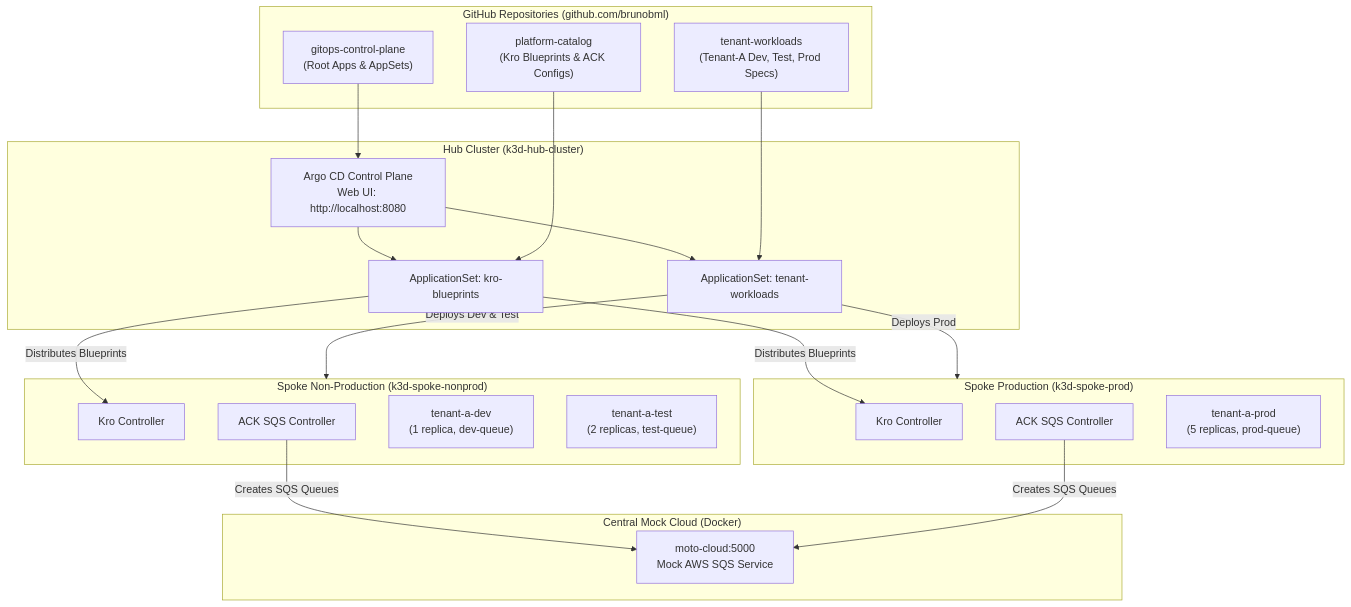
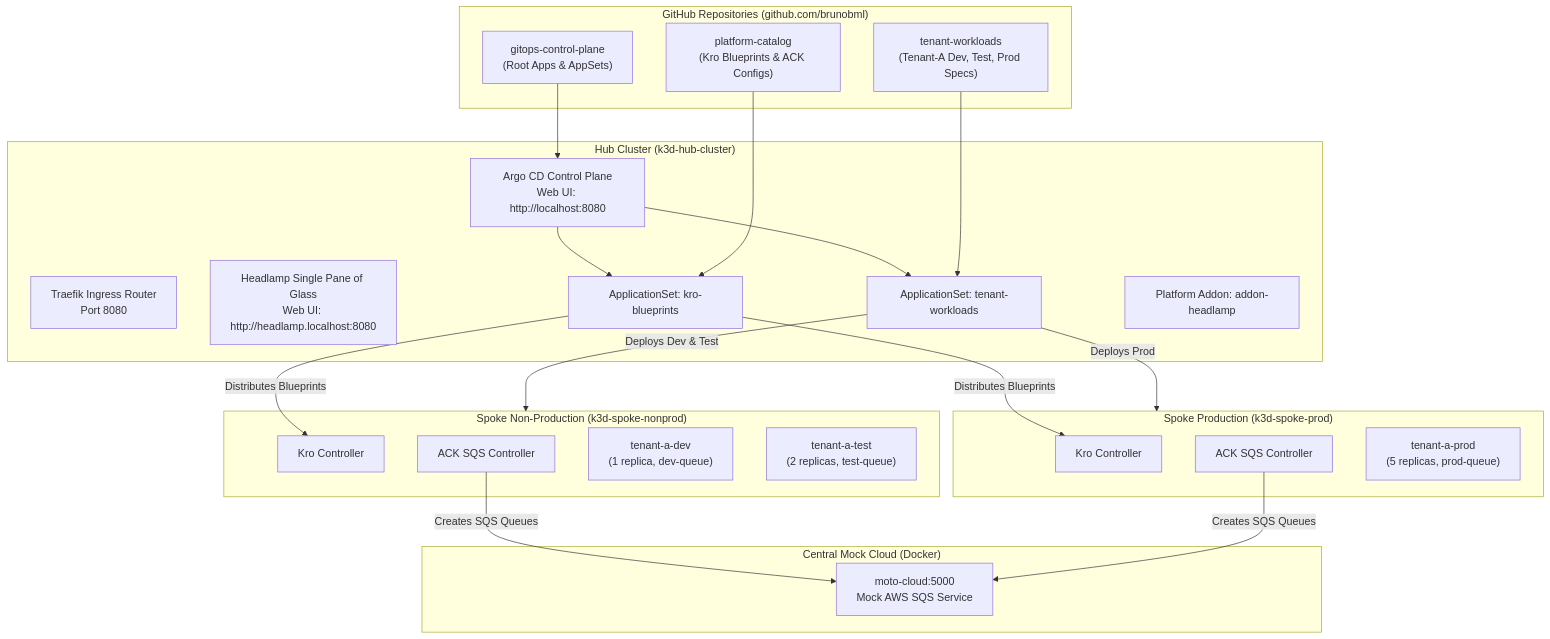
The diagram in README.md (brunobml/gitops-control-plane), drawn with Mermaid before and after one commit. The commit also changed other lines of this file and 8 other files, not shown here.

Commit message:
feat(addons): deploy Headlamp multi-cluster dashboard and Traefik ingress on Hub

````diff
--- a/README.md
+++ b/README.md
@@ -9,46 +9,49 @@
 ```mermaid
 flowchart TD
     subgraph Repos["GitHub Repositories (github.com/brunobml)"]
         GCP["gitops-control-plane<br/>(Root Apps & AppSets)"]
         PC["platform-catalog<br/>(Kro Blueprints & ACK Configs)"]
         TW["tenant-workloads<br/>(Tenant-A Dev, Test, Prod Specs)"]
     end
 
     subgraph Hub["Hub Cluster (k3d-hub-cluster)"]
+        Traefik["Traefik Ingress Router<br/>Port 8080"]
         ArgoCD["Argo CD Control Plane<br/>Web UI: http://localhost:8080"]
+        Headlamp["Headlamp Single Pane of Glass<br/>Web UI: http://headlamp.localhost:8080"]
         AppSetBlueprints["ApplicationSet: kro-blueprints"]
         AppSetTenants["ApplicationSet: tenant-workloads"]
+        AppAddons["Platform Addon: addon-headlamp"]
     end
 
     subgraph SpokeNonProd["Spoke Non-Production (k3d-spoke-nonprod)"]
         KroNP["Kro Controller"]
         AckNP["ACK SQS Controller"]
         Dev["tenant-a-dev<br/>(1 replica, dev-queue)"]
         Test["tenant-a-test<br/>(2 replicas, test-queue)"]
     end
 
     subgraph SpokeProd["Spoke Production (k3d-spoke-prod)"]
         KroP["Kro Controller"]
         AckP["ACK SQS Controller"]
         Prod["tenant-a-prod<br/>(5 replicas, prod-queue)"]
     end
 
     subgraph Cloud["Central Mock Cloud (Docker)"]
         Moto["moto-cloud:5000<br/>Mock AWS SQS Service"]
     end
 
     GCP --> ArgoCD
     ArgoCD --> AppSetBlueprints
     ArgoCD --> AppSetTenants
     PC --> AppSetBlueprints
     TW --> AppSetTenants
 
     AppSetBlueprints -->|Distributes Blueprints| KroNP
     AppSetBlueprints -->|Distributes Blueprints| KroP
 
     AppSetTenants -->|Deploys Dev & Test| SpokeNonProd
     AppSetTenants -->|Deploys Prod| SpokeProd
 
     AckNP -->|Creates SQS Queues| Moto
     AckP -->|Creates SQS Queues| Moto
 ```
````
